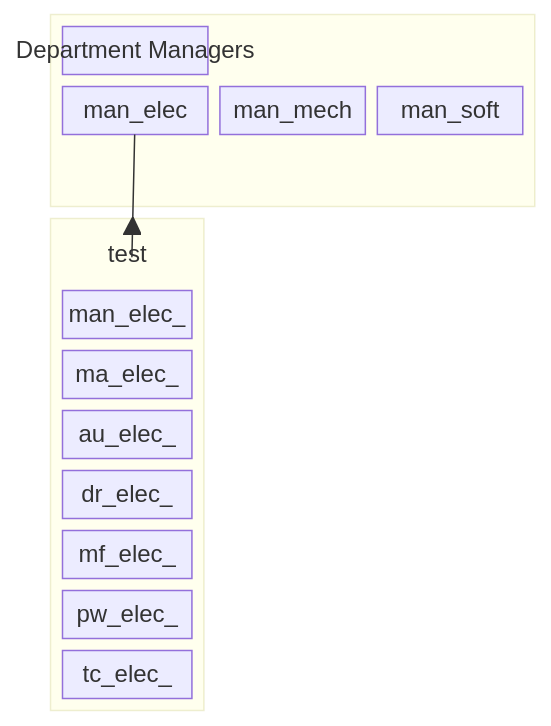
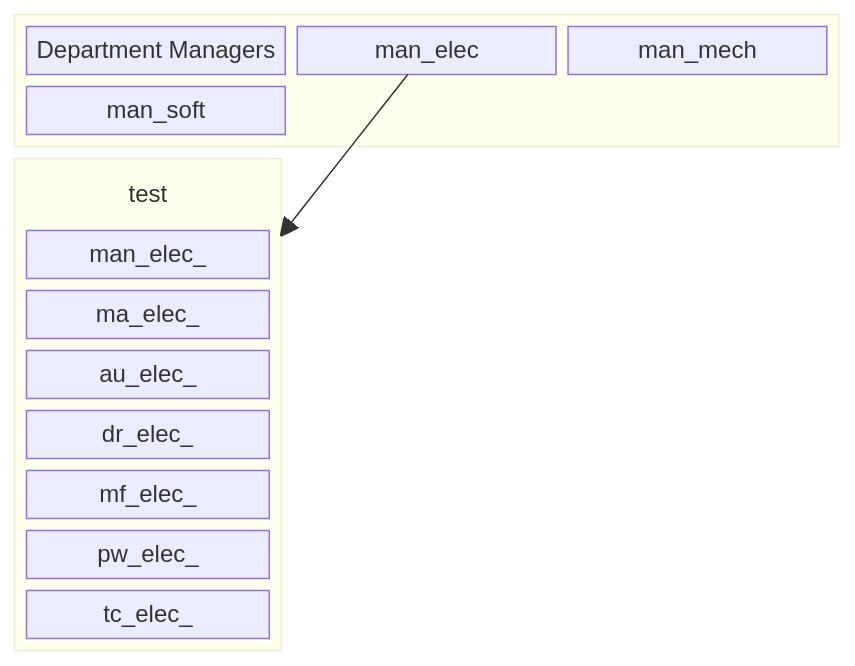
Before and after one commit to FooGiGo-Org/.github: the diagram in README.md, drawn with Mermaid.

Commit message:
Update README.md to modify Department Managers section

````diff
--- a/README.md
+++ b/README.md
@@ -1,26 +1,26 @@
 ```mermaid
 ---
 title: SCRB Matrix Organization
 ---
 block
     columns 3
     block:test:3
+        man["Department Managers"]
         columns 3
-        man["Department Managers"]:4
         man_elec man_mech man_soft
     end
     block:meme:1
         columns 1
         uct("test")
         man_elec_
         ma_elec_
         au_elec_
         dr_elec_
         mf_elec_
         pw_elec_
         tc_elec_
     end
     man_elec --> meme
 class uct BT
 classDef BT stroke:transparent,fill:transparent
 ```
````
